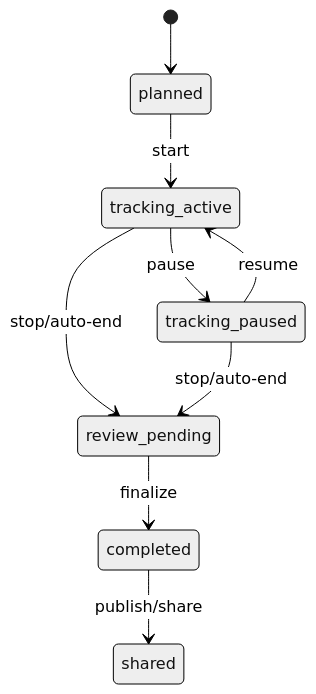
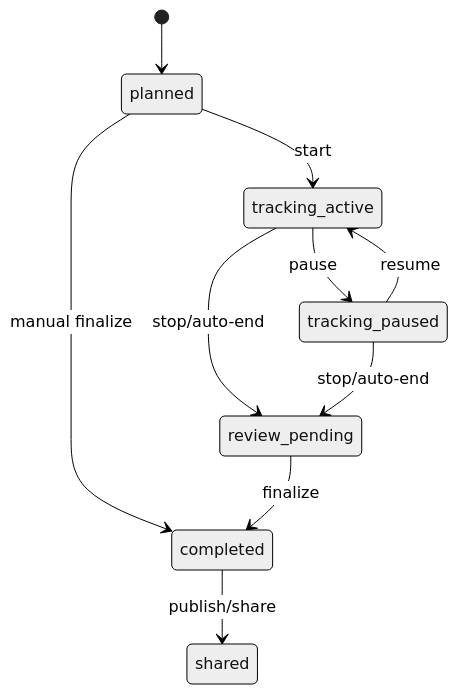
The first of 3 diagrams in docs/live-tracking/2026-03-21-live-tracking-phase0-contract-freeze.md (spurbey/Dora), drawn with Mermaid (neutral theme) before and after one commit. The commit also changed other lines of this file and 1 other file, not shown here.

First line of the commit message:
docs(live-tracking): lock cooldown/manual completion invariants and close Phase 1 blocker state

````diff
--- a/docs/live-tracking/2026-03-21-live-tracking-phase0-contract-freeze.md
+++ b/docs/live-tracking/2026-03-21-live-tracking-phase0-contract-freeze.md
@@ -81,11 +82,12 @@
 ```mermaid
 stateDiagram-v2
   [*] --> planned
   planned --> tracking_active: start
+  planned --> completed: manual finalize
   tracking_active --> tracking_paused: pause
   tracking_paused --> tracking_active: resume
   tracking_active --> review_pending: stop/auto-end
   tracking_paused --> review_pending: stop/auto-end
   review_pending --> completed: finalize
   completed --> shared: publish/share
 ```
````
